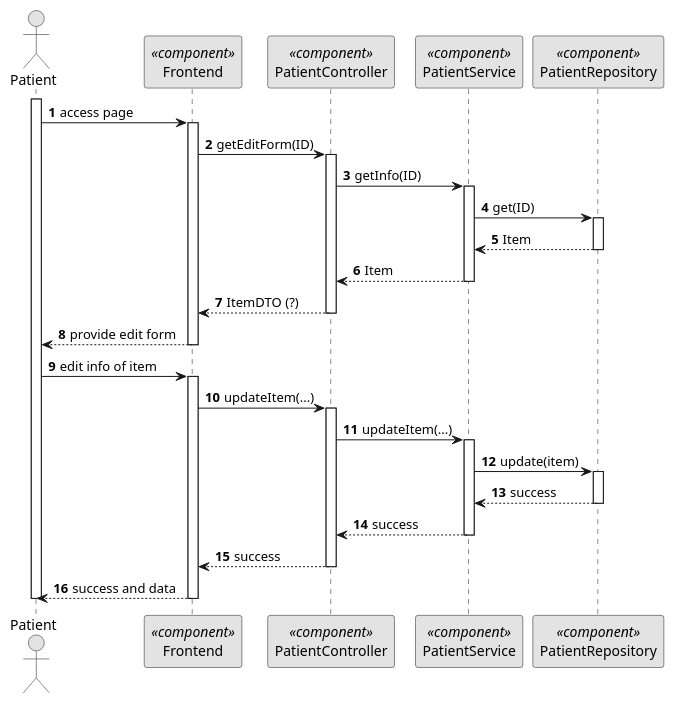
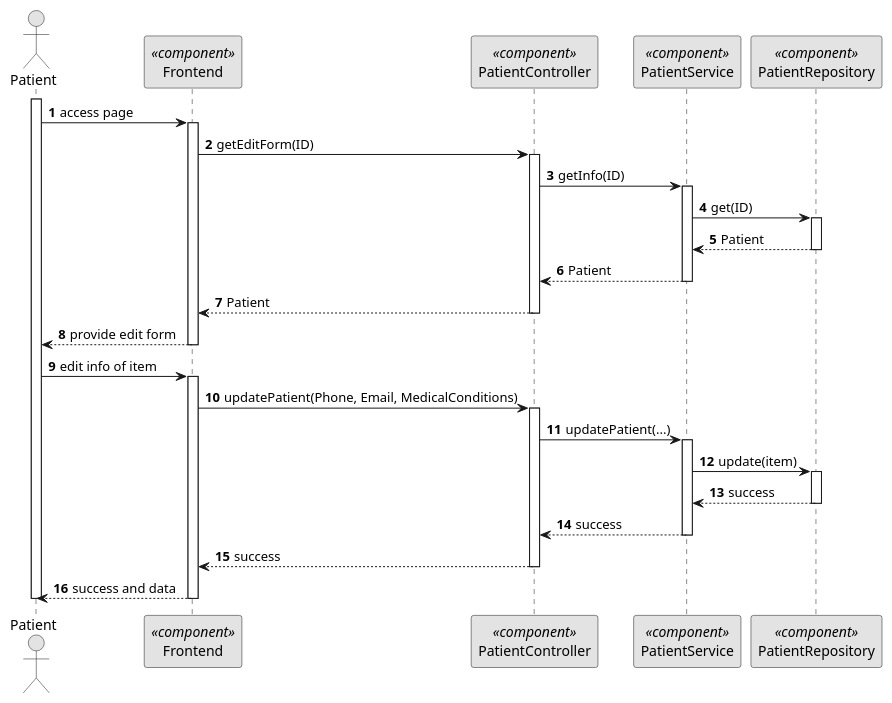
Before and after one commit to Ana-Miguel-Silva/SurgicalAppointmentAndResourceManagement: the diagram in docs/BackofficeModule/5.1.9/sequence-diagram-f.puml, drawn with PlantUML. The commit also changed 6 other files, not shown here.

Commit message:
#8 Update of the sequence diagrams and the readme of US5.1.8

```diff
--- a/docs/BackofficeModule/5.1.9/sequence-diagram-f.puml
+++ b/docs/BackofficeModule/5.1.9/sequence-diagram-f.puml
@@ -1,53 +1,53 @@
 @startuml 5.1.4
 skinparam monochrome true
 skinparam packageStyle rectangle
 skinparam shadowing false
 
 autonumber
 
 actor "Patient" as AD
 participant "Frontend" as FE <<component>>
 participant "PatientController" as CTRL <<component>>
 participant "PatientService" as SERV <<component>>
 participant "PatientRepository" as REPO <<component>>
 
 activate AD
 AD -> FE: access page
 activate FE
 FE -> CTRL: getEditForm(ID)
 activate CTRL
 CTRL -> SERV: getInfo(ID)
 activate SERV
 SERV -> REPO: get(ID)
 activate REPO
-REPO --> SERV: Item
+REPO --> SERV: Patient
 deactivate REPO
-SERV --> CTRL: Item
+SERV --> CTRL: Patient
 deactivate SERV
-CTRL --> FE: ItemDTO (?)
+CTRL --> FE: Patient
 deactivate CTRL
 FE --> AD: provide edit form
 deactivate FE
 AD -> FE : edit info of item
 activate FE
-FE -> CTRL: updateItem(...)
+FE -> CTRL: updatePatient(Phone, Email, MedicalConditions)
 activate CTRL
-CTRL -> SERV: updateItem(...)
+CTRL -> SERV: updatePatient(...)
 activate SERV
 SERV -> REPO: update(item)
 activate REPO
 REPO --> SERV: success
 deactivate REPO
 SERV --> CTRL: success
 deactivate SERV
 CTRL --> FE: success
 deactivate CTRL
 FE --> AD : success and data
 
 deactivate FE
 
 deactivate AD
 
 
 
 @enduml
```
